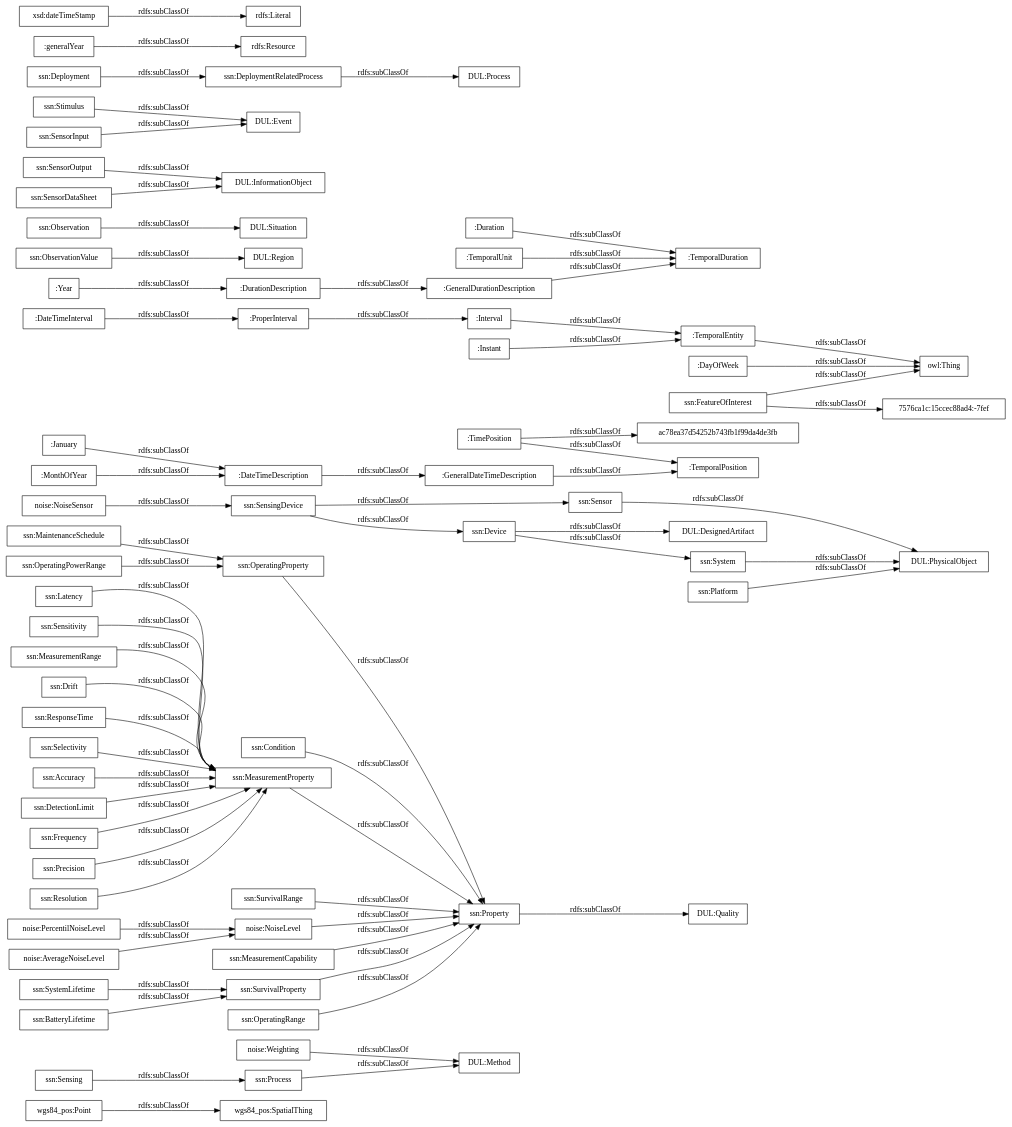
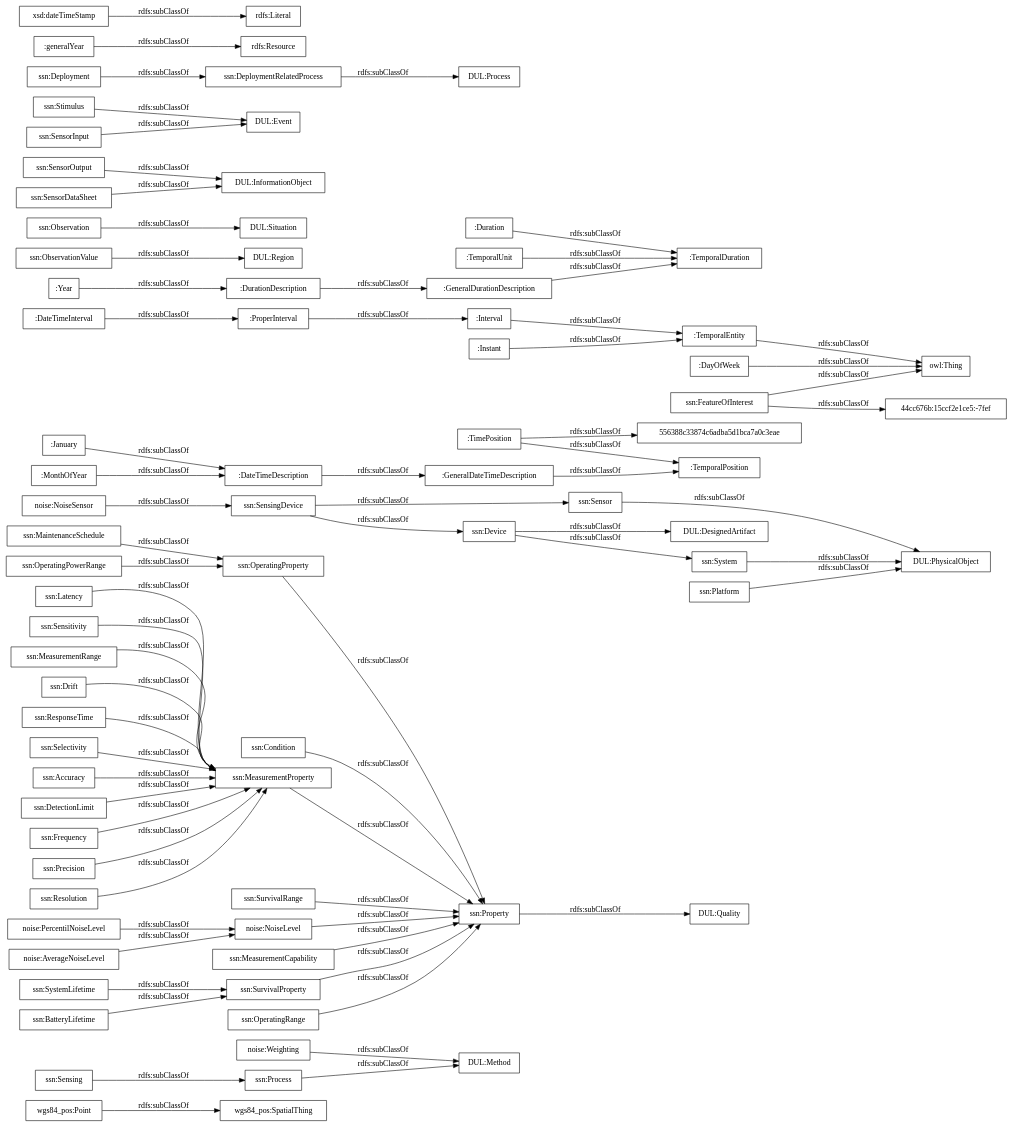
One commit to paoespinozarias/ContaminacionAcustica-Ontology changed the diagram in OnToology/contaminacion-acustica.owl/diagrams/ar2dtool-taxonomy/contaminacion-acustica.owl.png.dot. Above: the diagram before and after it, drawn with Graphviz. The commit also changed 4 other files, not shown here.

```diff
--- a/OnToology/contaminacion-acustica.owl/diagrams/ar2dtool-taxonomy/contaminacion-acustica.owl.png.dot
+++ b/OnToology/contaminacion-acustica.owl/diagrams/ar2dtool-taxonomy/contaminacion-acustica.owl.png.dot
@@ -1,73 +1,73 @@
 digraph ar2dtool_diagram { 
 rankdir=LR;
 size="1000"
-node [shape = rectangle, color="black"]; "wgs84_pos:SpatialThing" "wgs84_pos:Point" "noise:Weighting" "noise:PercentilNoiseLevel" "noise:NoiseSensor" "noise:NoiseLevel" "noise:AverageNoiseLevel" ":GeneralDateTimeDescription" ":DateTimeInterval" "ac78ea37d54252b743fb1f99da4de3fb" ":DurationDescription" ":TemporalDuration" ":Duration" ":GeneralDurationDescription" ":January" ":ProperInterval" ":TimePosition" ":TemporalPosition" ":Interval" ":TemporalEntity" ":Year" ":MonthOfYear" ":DateTimeDescription" ":TemporalUnit" ":Instant" ":DayOfWeek" "ssn:Accuracy" "ssn:DetectionLimit" "ssn:Frequency" "ssn:Condition" "DUL:Region" "DUL:Situation" "DUL:PhysicalObject" "ssn:SensorOutput" "ssn:Precision" "ssn:Resolution" "DUL:Quality" "ssn:FeatureOfInterest" "ssn:Sensor" "DUL:InformationObject" "ssn:OperatingProperty" "DUL:Event" "ssn:OperatingPowerRange" "DUL:Method" "ssn:MaintenanceSchedule" "ssn:Sensing" "ssn:Latency" "ssn:SurvivalRange" "ssn:SensingDevice" "DUL:DesignedArtifact" "7576ca1c:15ccec88ad4:-7fef" "ssn:Sensitivity" "ssn:Stimulus" "DUL:Process" "ssn:MeasurementRange" "ssn:System" "ssn:SystemLifetime" "ssn:Property" "ssn:MeasurementProperty" "ssn:Process" "ssn:Deployment" "ssn:MeasurementCapability" "ssn:BatteryLifetime" "ssn:Drift" "ssn:DeploymentRelatedProcess" "ssn:SensorInput" "ssn:ResponseTime" "ssn:ObservationValue" "ssn:SensorDataSheet" "ssn:Observation" "ssn:Selectivity" "ssn:SurvivalProperty" "ssn:Device" "ssn:OperatingRange" "ssn:Platform" ; /*classes style*/
+node [shape = rectangle, color="black"]; "wgs84_pos:SpatialThing" "wgs84_pos:Point" "noise:Weighting" "noise:PercentilNoiseLevel" "noise:NoiseSensor" "noise:NoiseLevel" "noise:AverageNoiseLevel" ":GeneralDateTimeDescription" ":DateTimeInterval" ":DurationDescription" ":TemporalDuration" ":Duration" ":GeneralDurationDescription" ":January" ":ProperInterval" ":TimePosition" ":TemporalPosition" ":Interval" ":TemporalEntity" ":Year" ":MonthOfYear" ":DateTimeDescription" "556388c33874c6adba5d1bca7a0c3eae" ":TemporalUnit" ":Instant" ":DayOfWeek" "ssn:Accuracy" "ssn:DetectionLimit" "ssn:Frequency" "ssn:Condition" "DUL:Region" "DUL:Situation" "DUL:PhysicalObject" "ssn:SensorOutput" "ssn:Precision" "ssn:Resolution" "DUL:Quality" "ssn:FeatureOfInterest" "ssn:Sensor" "DUL:InformationObject" "ssn:OperatingProperty" "DUL:Event" "ssn:OperatingPowerRange" "DUL:Method" "ssn:MaintenanceSchedule" "ssn:Sensing" "ssn:Latency" "ssn:SurvivalRange" "ssn:SensingDevice" "DUL:DesignedArtifact" "ssn:Sensitivity" "ssn:Stimulus" "44cc676b:15ccf2e1ce5:-7fef" "DUL:Process" "ssn:MeasurementRange" "ssn:System" "ssn:SystemLifetime" "ssn:Property" "ssn:MeasurementProperty" "ssn:Process" "ssn:Deployment" "ssn:MeasurementCapability" "ssn:BatteryLifetime" "ssn:Drift" "ssn:DeploymentRelatedProcess" "ssn:SensorInput" "ssn:ResponseTime" "ssn:ObservationValue" "ssn:SensorDataSheet" "ssn:Observation" "ssn:Selectivity" "ssn:SurvivalProperty" "ssn:Device" "ssn:OperatingRange" "ssn:Platform" ; /*classes style*/
 	":DateTimeDescription" -> ":GeneralDateTimeDescription" [ label = "rdfs:subClassOf" ];
 	"noise:AverageNoiseLevel" -> "noise:NoiseLevel" [ label = "rdfs:subClassOf" ];
 	"ssn:Deployment" -> "ssn:DeploymentRelatedProcess" [ label = "rdfs:subClassOf" ];
 	"ssn:SensingDevice" -> "ssn:Sensor" [ label = "rdfs:subClassOf" ];
 	"ssn:SensingDevice" -> "ssn:Device" [ label = "rdfs:subClassOf" ];
 	"ssn:DeploymentRelatedProcess" -> "DUL:Process" [ label = "rdfs:subClassOf" ];
 	"ssn:Accuracy" -> "ssn:MeasurementProperty" [ label = "rdfs:subClassOf" ];
 	":Instant" -> ":TemporalEntity" [ label = "rdfs:subClassOf" ];
 	"ssn:FeatureOfInterest" -> "owl:Thing" [ label = "rdfs:subClassOf" ];
-	"ssn:FeatureOfInterest" -> "7576ca1c:15ccec88ad4:-7fef" [ label = "rdfs:subClassOf" ];
+	"ssn:FeatureOfInterest" -> "44cc676b:15ccf2e1ce5:-7fef" [ label = "rdfs:subClassOf" ];
 	"ssn:Latency" -> "ssn:MeasurementProperty" [ label = "rdfs:subClassOf" ];
 	"ssn:Process" -> "DUL:Method" [ label = "rdfs:subClassOf" ];
 	"noise:Weighting" -> "DUL:Method" [ label = "rdfs:subClassOf" ];
 	":ProperInterval" -> ":Interval" [ label = "rdfs:subClassOf" ];
 	"ssn:Property" -> "DUL:Quality" [ label = "rdfs:subClassOf" ];
 	"ssn:MeasurementProperty" -> "ssn:Property" [ label = "rdfs:subClassOf" ];
 	"wgs84_pos:Point" -> "wgs84_pos:SpatialThing" [ label = "rdfs:subClassOf" ];
 	":MonthOfYear" -> ":DateTimeDescription" [ label = "rdfs:subClassOf" ];
 	"ssn:ResponseTime" -> "ssn:MeasurementProperty" [ label = "rdfs:subClassOf" ];
 	"ssn:OperatingRange" -> "ssn:Property" [ label = "rdfs:subClassOf" ];
 	"noise:NoiseLevel" -> "ssn:Property" [ label = "rdfs:subClassOf" ];
 	"ssn:MeasurementRange" -> "ssn:MeasurementProperty" [ label = "rdfs:subClassOf" ];
 	"ssn:Stimulus" -> "DUL:Event" [ label = "rdfs:subClassOf" ];
 	":Duration" -> ":TemporalDuration" [ label = "rdfs:subClassOf" ];
 	"ssn:SurvivalProperty" -> "ssn:Property" [ label = "rdfs:subClassOf" ];
 	"ssn:MaintenanceSchedule" -> "ssn:OperatingProperty" [ label = "rdfs:subClassOf" ];
 	"ssn:SensorInput" -> "DUL:Event" [ label = "rdfs:subClassOf" ];
-	":TimePosition" -> "ac78ea37d54252b743fb1f99da4de3fb" [ label = "rdfs:subClassOf" ];
+	":TimePosition" -> "556388c33874c6adba5d1bca7a0c3eae" [ label = "rdfs:subClassOf" ];
 	":TimePosition" -> ":TemporalPosition" [ label = "rdfs:subClassOf" ];
 	":TemporalEntity" -> "owl:Thing" [ label = "rdfs:subClassOf" ];
 	"ssn:Sensitivity" -> "ssn:MeasurementProperty" [ label = "rdfs:subClassOf" ];
 	"ssn:Drift" -> "ssn:MeasurementProperty" [ label = "rdfs:subClassOf" ];
 	"ssn:System" -> "DUL:PhysicalObject" [ label = "rdfs:subClassOf" ];
 	":GeneralDurationDescription" -> ":TemporalDuration" [ label = "rdfs:subClassOf" ];
 	"ssn:Resolution" -> "ssn:MeasurementProperty" [ label = "rdfs:subClassOf" ];
 	"ssn:Precision" -> "ssn:MeasurementProperty" [ label = "rdfs:subClassOf" ];
 	"noise:PercentilNoiseLevel" -> "noise:NoiseLevel" [ label = "rdfs:subClassOf" ];
 	"ssn:DetectionLimit" -> "ssn:MeasurementProperty" [ label = "rdfs:subClassOf" ];
 	":DateTimeInterval" -> ":ProperInterval" [ label = "rdfs:subClassOf" ];
 	"ssn:Sensor" -> "DUL:PhysicalObject" [ label = "rdfs:subClassOf" ];
 	"ssn:SensorDataSheet" -> "DUL:InformationObject" [ label = "rdfs:subClassOf" ];
 	"ssn:OperatingPowerRange" -> "ssn:OperatingProperty" [ label = "rdfs:subClassOf" ];
 	"noise:NoiseSensor" -> "ssn:SensingDevice" [ label = "rdfs:subClassOf" ];
 	":Interval" -> ":TemporalEntity" [ label = "rdfs:subClassOf" ];
 	":GeneralDateTimeDescription" -> ":TemporalPosition" [ label = "rdfs:subClassOf" ];
 	":January" -> ":DateTimeDescription" [ label = "rdfs:subClassOf" ];
 	"ssn:ObservationValue" -> "DUL:Region" [ label = "rdfs:subClassOf" ];
 	":DayOfWeek" -> "owl:Thing" [ label = "rdfs:subClassOf" ];
 	"ssn:Device" -> "DUL:DesignedArtifact" [ label = "rdfs:subClassOf" ];
 	"ssn:Device" -> "ssn:System" [ label = "rdfs:subClassOf" ];
 	"ssn:Platform" -> "DUL:PhysicalObject" [ label = "rdfs:subClassOf" ];
 	":Year" -> ":DurationDescription" [ label = "rdfs:subClassOf" ];
 	":DurationDescription" -> ":GeneralDurationDescription" [ label = "rdfs:subClassOf" ];
 	"ssn:OperatingProperty" -> "ssn:Property" [ label = "rdfs:subClassOf" ];
 	":generalYear" -> "rdfs:Resource" [ label = "rdfs:subClassOf" ];
 	"ssn:Selectivity" -> "ssn:MeasurementProperty" [ label = "rdfs:subClassOf" ];
 	"ssn:BatteryLifetime" -> "ssn:SurvivalProperty" [ label = "rdfs:subClassOf" ];
 	":TemporalUnit" -> ":TemporalDuration" [ label = "rdfs:subClassOf" ];
 	"ssn:Observation" -> "DUL:Situation" [ label = "rdfs:subClassOf" ];
 	"ssn:Sensing" -> "ssn:Process" [ label = "rdfs:subClassOf" ];
 	"ssn:SystemLifetime" -> "ssn:SurvivalProperty" [ label = "rdfs:subClassOf" ];
 	"ssn:SurvivalRange" -> "ssn:Property" [ label = "rdfs:subClassOf" ];
 	"ssn:Frequency" -> "ssn:MeasurementProperty" [ label = "rdfs:subClassOf" ];
 	"ssn:SensorOutput" -> "DUL:InformationObject" [ label = "rdfs:subClassOf" ];
 	"ssn:Condition" -> "ssn:Property" [ label = "rdfs:subClassOf" ];
 	"xsd:dateTimeStamp" -> "rdfs:Literal" [ label = "rdfs:subClassOf" ];
 	"ssn:MeasurementCapability" -> "ssn:Property" [ label = "rdfs:subClassOf" ];
 
 }
```
